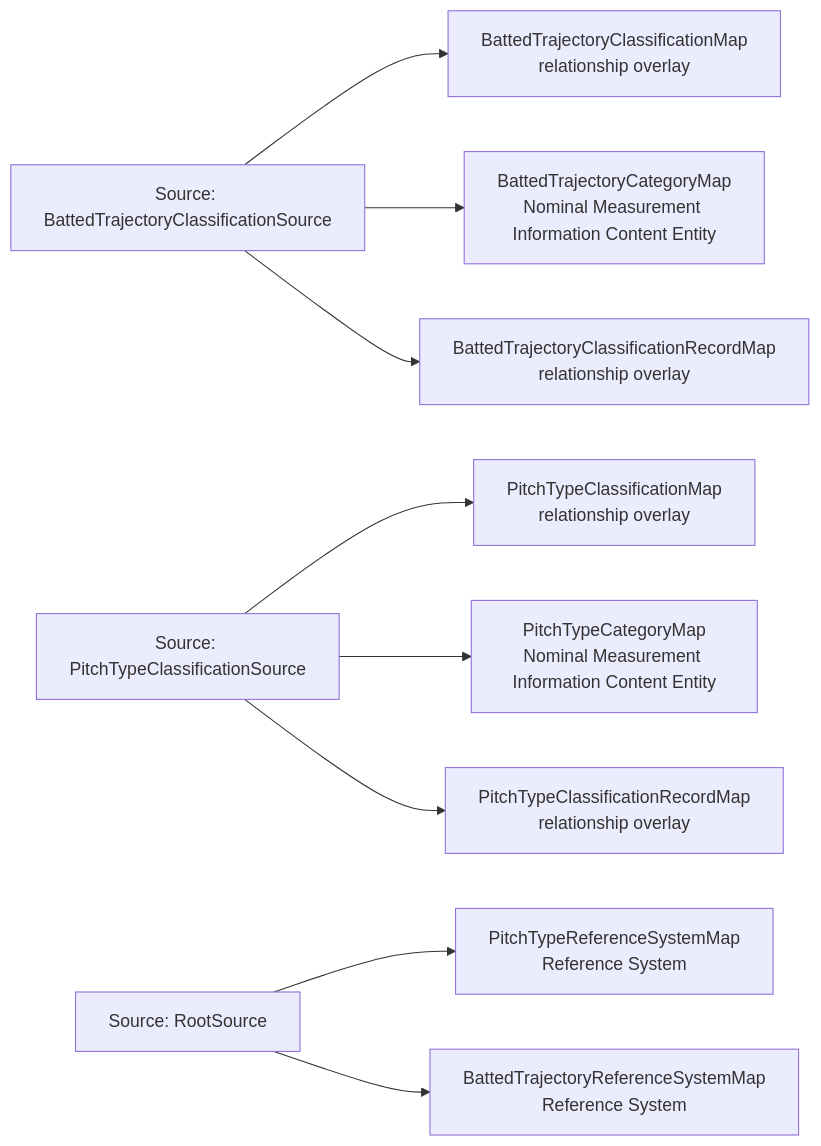
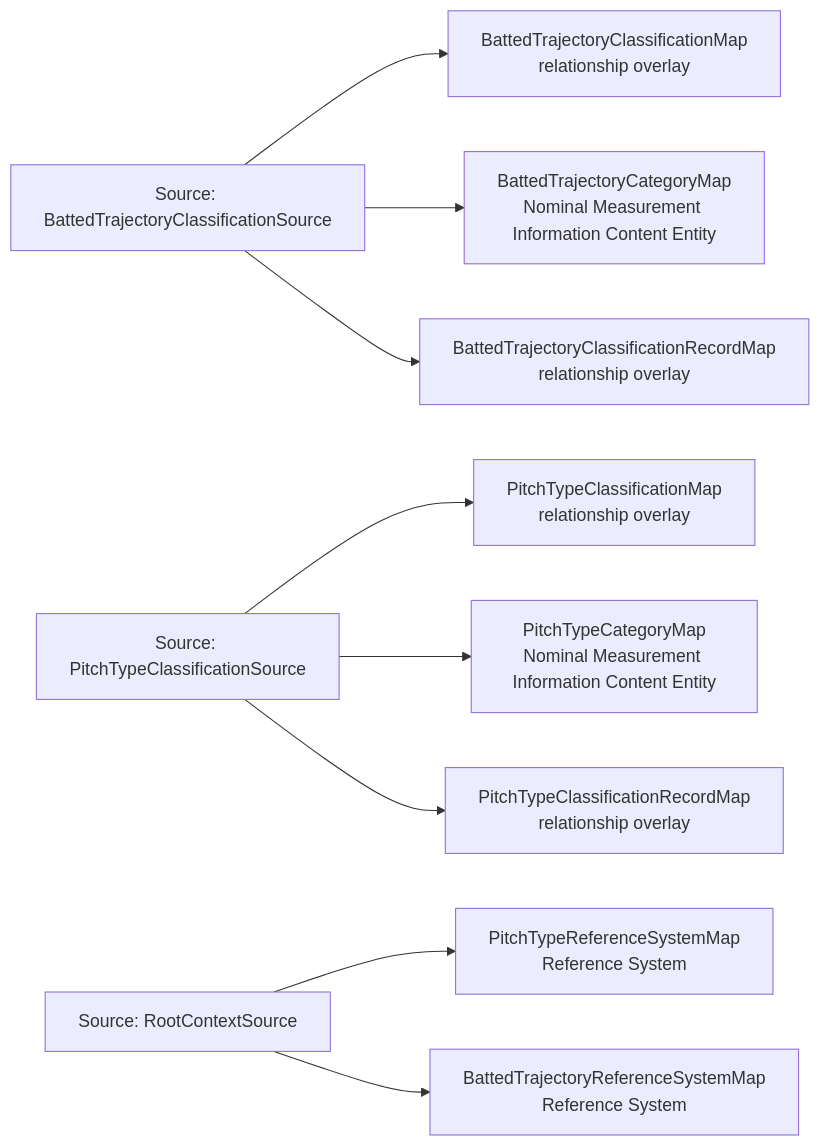
The diagram in Baseball/mermaid/patterns/mlb-game/26-nominal-pitch-and-trajectory-classification.md (CarterBeauBenson/BaseballO), drawn with Mermaid before and after one commit. The commit also changed other lines of this file and 137 other files, not shown here.

````diff
--- a/Baseball/mermaid/patterns/mlb-game/26-nominal-pitch-and-trajectory-classification.md
+++ b/Baseball/mermaid/patterns/mlb-game/26-nominal-pitch-and-trajectory-classification.md
@@ -10,22 +10,22 @@
 ```mermaid
 flowchart LR
     S01["Source: BattedTrajectoryClassificationSource"]
     S02["Source: PitchTypeClassificationSource"]
-    S03["Source: RootSource"]
+    S03["Source: RootContextSource"]
     M01["PitchTypeReferenceSystemMap<br/>Reference System"]
     M02["PitchTypeClassificationMap<br/>relationship overlay"]
     M03["PitchTypeCategoryMap<br/>Nominal Measurement Information Content Entity"]
     M04["PitchTypeClassificationRecordMap<br/>relationship overlay"]
     M05["BattedTrajectoryReferenceSystemMap<br/>Reference System"]
     M06["BattedTrajectoryClassificationMap<br/>relationship overlay"]
     M07["BattedTrajectoryCategoryMap<br/>Nominal Measurement Information Content Entity"]
     M08["BattedTrajectoryClassificationRecordMap<br/>relationship overlay"]
     S03 --> M01
     S02 --> M02
     S02 --> M03
     S02 --> M04
     S03 --> M05
     S01 --> M06
     S01 --> M07
     S01 --> M08
 ```
````
